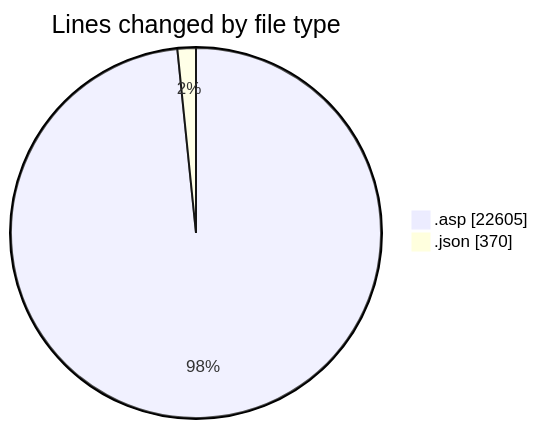
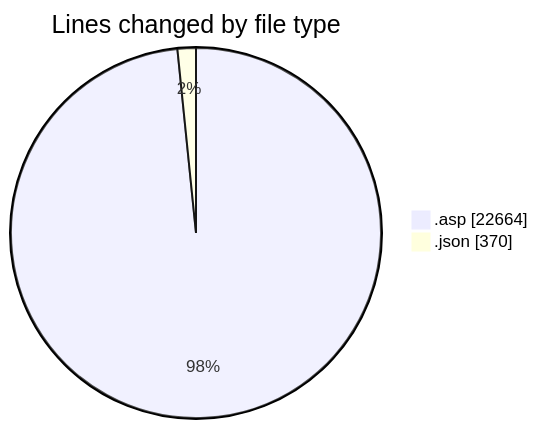
One commit to julien-gomy/code-tracking changed the first of 2 diagrams in 2025-11-01/cdp_aleoudev_fr__workspace_/README.md. Above: the diagram before and after it, drawn with Mermaid. The commit also changed other lines of this file and 1 other file, not shown here.

````diff
--- a/2025-11-01/cdp_aleoudev_fr__workspace_/README.md
+++ b/2025-11-01/cdp_aleoudev_fr__workspace_/README.md
@@ -29,6 +29,6 @@
 ```mermaid
 pie showData
 title Lines changed by file type
-".asp" : 22605
+".asp" : 22664
 ".json" : 370
 ```
````
